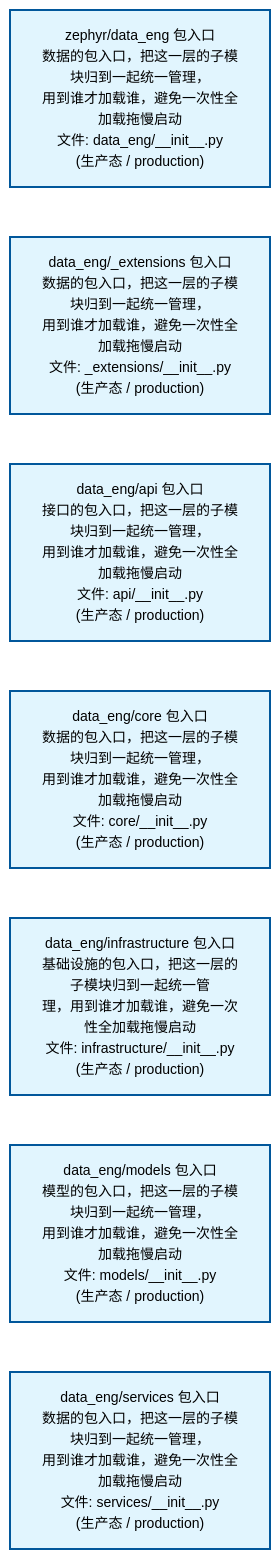
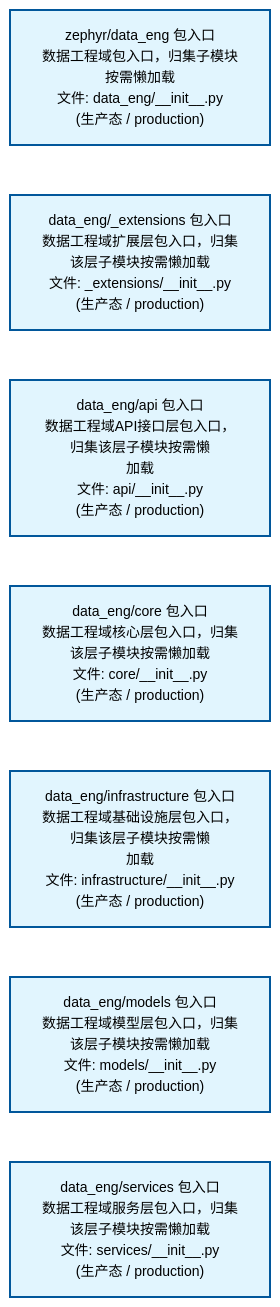
The first of 2 diagrams in docs/02_enterprise_architecture/02_domain_architecture_docs/12_d_data_eng.md (xuanFelixVan/ZephyrAlpha), drawn with Mermaid before and after one commit. The commit also changed other lines of this file and 63 other files, not shown here.

````diff
--- a/docs/02_enterprise_architecture/02_domain_architecture_docs/12_d_data_eng.md
+++ b/docs/02_enterprise_architecture/02_domain_architecture_docs/12_d_data_eng.md
@@ -53,22 +53,22 @@
 ```mermaid
 %%{init: {'theme': 'base', 'themeVariables': {'primaryColor': '#eaeaea', 'primaryTextColor': '#333333', 'primaryBorderColor': '#666666', 'lineColor': '#666666', 'secondaryColor': '#eaeaea', 'tertiaryColor': '#eaeaea', 'fontSize': '14px'}}}%%
 flowchart TD
-    src_zephyr_data_eng_init_py["zephyr/data_eng 包入口<br/>数据的包入口，把这一层的子模块归到一起统一管理，<br/>用到谁才加载谁，避免一次性全加载拖慢启动<br/>文件: data_eng/__init__.py<br/>(生产态 / production)"]
-    src_zephyr_data_eng_extensions_init_py["data_eng/_extensions 包入口<br/>数据的包入口，把这一层的子模块归到一起统一管理，<br/>用到谁才加载谁，避免一次性全加载拖慢启动<br/>文件: _extensions/__init__.py<br/>(生产态 / production)"]
-    src_zephyr_data_eng_api_init_py["data_eng/api 包入口<br/>接口的包入口，把这一层的子模块归到一起统一管理，<br/>用到谁才加载谁，避免一次性全加载拖慢启动<br/>文件: api/__init__.py<br/>(生产态 / production)"]
-    src_zephyr_data_eng_core_init_py["data_eng/core 包入口<br/>数据的包入口，把这一层的子模块归到一起统一管理，<br/>用到谁才加载谁，避免一次性全加载拖慢启动<br/>文件: core/__init__.py<br/>(生产态 / production)"]
-    src_zephyr_data_eng_infrastructure_init_py["data_eng/infrastructure 包入口<br/>基础设施的包入口，把这一层的子模块归到一起统一管<br/>理，用到谁才加载谁，避免一次性全加载拖慢启动<br/>文件: infrastructure/__init__.py<br/>(生产态 / production)"]
-    src_zephyr_data_eng_models_init_py["data_eng/models 包入口<br/>模型的包入口，把这一层的子模块归到一起统一管理，<br/>用到谁才加载谁，避免一次性全加载拖慢启动<br/>文件: models/__init__.py<br/>(生产态 / production)"]
-    src_zephyr_data_eng_services_init_py["data_eng/services 包入口<br/>数据的包入口，把这一层的子模块归到一起统一管理，<br/>用到谁才加载谁，避免一次性全加载拖慢启动<br/>文件: services/__init__.py<br/>(生产态 / production)"]
+    src_zephyr_data_eng_init_py["zephyr/data_eng 包入口<br/>数据工程域包入口，归集子模块按需懒加载<br/>文件: data_eng/__init__.py<br/>(生产态 / production)"]
+    src_zephyr_data_eng_extensions_init_py["data_eng/_extensions 包入口<br/>数据工程域扩展层包入口，归集该层子模块按需懒加载<br/>文件: _extensions/__init__.py<br/>(生产态 / production)"]
+    src_zephyr_data_eng_api_init_py["data_eng/api 包入口<br/>数据工程域API接口层包入口，归集该层子模块按需懒<br/>加载<br/>文件: api/__init__.py<br/>(生产态 / production)"]
+    src_zephyr_data_eng_core_init_py["data_eng/core 包入口<br/>数据工程域核心层包入口，归集该层子模块按需懒加载<br/>文件: core/__init__.py<br/>(生产态 / production)"]
+    src_zephyr_data_eng_infrastructure_init_py["data_eng/infrastructure 包入口<br/>数据工程域基础设施层包入口，归集该层子模块按需懒<br/>加载<br/>文件: infrastructure/__init__.py<br/>(生产态 / production)"]
+    src_zephyr_data_eng_models_init_py["data_eng/models 包入口<br/>数据工程域模型层包入口，归集该层子模块按需懒加载<br/>文件: models/__init__.py<br/>(生产态 / production)"]
+    src_zephyr_data_eng_services_init_py["data_eng/services 包入口<br/>数据工程域服务层包入口，归集该层子模块按需懒加载<br/>文件: services/__init__.py<br/>(生产态 / production)"]
     src_zephyr_data_eng_init_py ~~~ src_zephyr_data_eng_extensions_init_py
     src_zephyr_data_eng_extensions_init_py ~~~ src_zephyr_data_eng_api_init_py
     src_zephyr_data_eng_api_init_py ~~~ src_zephyr_data_eng_core_init_py
     src_zephyr_data_eng_core_init_py ~~~ src_zephyr_data_eng_infrastructure_init_py
     src_zephyr_data_eng_infrastructure_init_py ~~~ src_zephyr_data_eng_models_init_py
     src_zephyr_data_eng_models_init_py ~~~ src_zephyr_data_eng_services_init_py
     classDef production fill:#e1f5fe,stroke:#01579b,stroke-width:2px,color:#000
     classDef design fill:#fff3e0,stroke:#e65100,stroke-width:2px,color:#000,stroke-dasharray: 5 5
     classDef external_prod fill:#e8f4fd,stroke:#0277bd,stroke-width:1px,color:#000
     classDef external_design fill:#fff8e7,stroke:#ef6c00,stroke-width:1px,color:#000,stroke-dasharray: 5 5
     class src_zephyr_data_eng_init_py,src_zephyr_data_eng_extensions_init_py,src_zephyr_data_eng_api_init_py,src_zephyr_data_eng_core_init_py,src_zephyr_data_eng_infrastructure_init_py,src_zephyr_data_eng_models_init_py,src_zephyr_data_eng_services_init_py production
 ```
````
